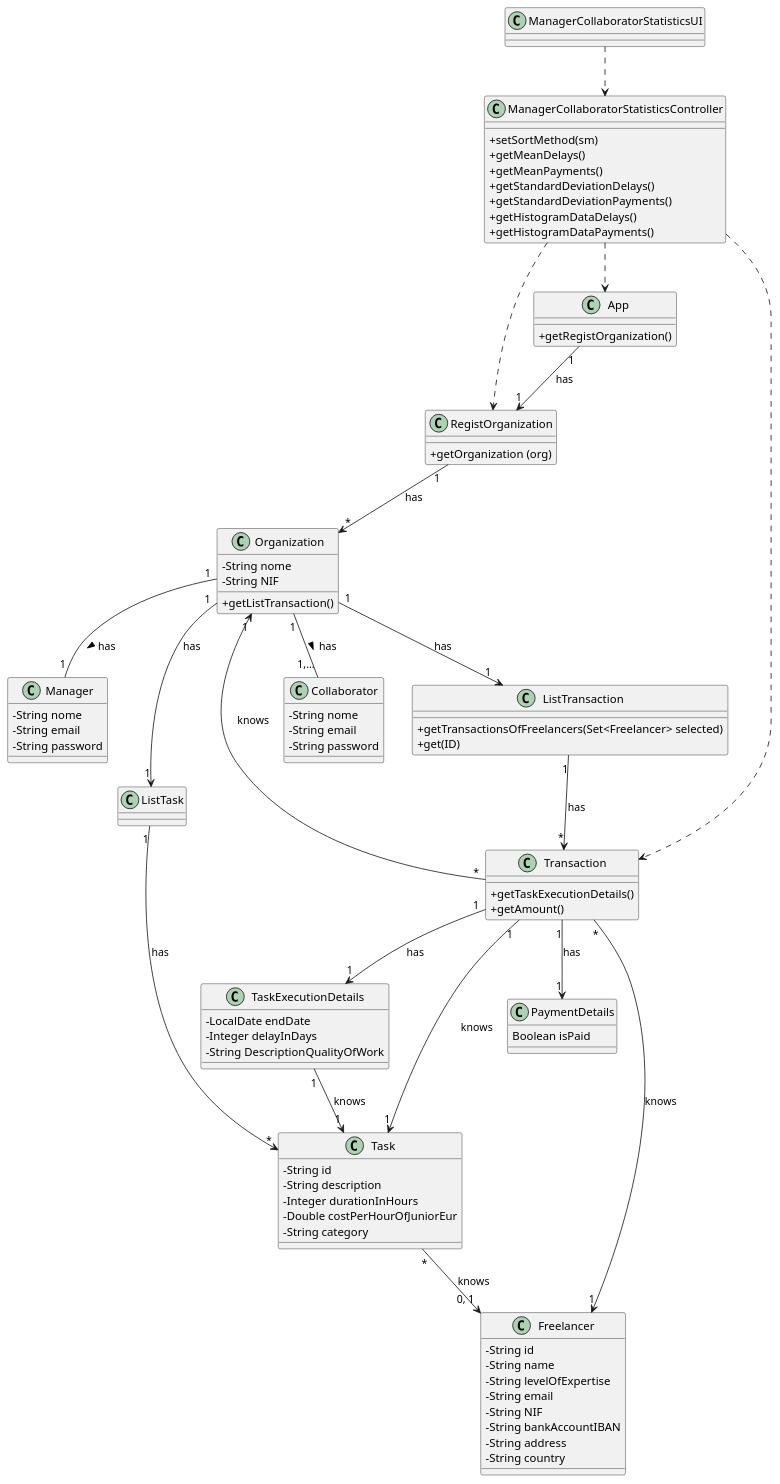
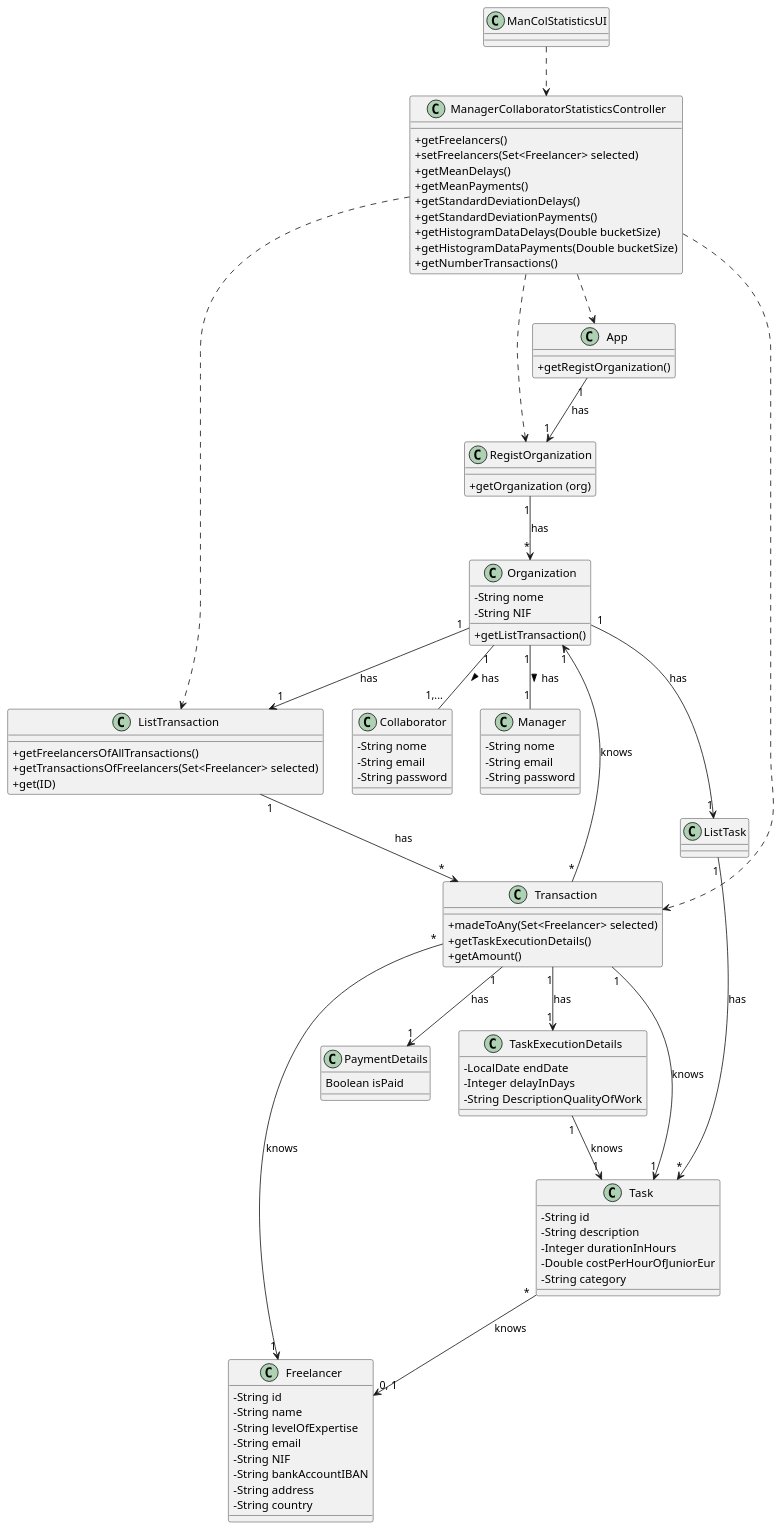
The diagram in docs/UC_07/UC07_CD.puml (botelho-io/lapr2-2020-g029), drawn with PlantUML before and after one commit. The commit also changed 5 other files, not shown here.

```diff
--- a/docs/UC_07/UC07_CD.puml
+++ b/docs/UC_07/UC07_CD.puml
@@ -1,106 +1,113 @@
 @startuml CD
 skinparam classAttributeIconSize 0
 top to bottom direction
 
-class ManagerCollaboratorStatisticsUI {
+class ManColStatisticsUI {
 
 }
 
 class ManagerCollaboratorStatisticsController {
-        + setSortMethod(sm)
+        + getFreelancers()
+        + setFreelancers(Set<Freelancer> selected)
         + getMeanDelays()
         + getMeanPayments()
         + getStandardDeviationDelays()
         + getStandardDeviationPayments()
-        + getHistogramDataDelays()
-        + getHistogramDataPayments()
+        + getHistogramDataDelays(Double bucketSize)
+        + getHistogramDataPayments(Double bucketSize)
+        + getNumberTransactions()
 }
 
 
 class App {
         + getRegistOrganization()
 }
 
 class RegistOrganization {
         + getOrganization (org)
 }
 
 class Organization {
         - String nome
         - String NIF
         + getListTransaction()
 }
 
 class Collaborator {
         - String nome
         - String email
         - String password
 }
 
 class Manager {
         - String nome
         - String email
         - String password
 }
 
 class ListTransaction {
+        + getFreelancersOfAllTransactions()
         + getTransactionsOfFreelancers(Set<Freelancer> selected)
         + get(ID)
 }
 
 class Transaction {
+        + madeToAny(Set<Freelancer> selected)
         + getTaskExecutionDetails()
         + getAmount()
 }
 
 
 class Task {
         - String id
         - String description
         - Integer durationInHours
         - Double costPerHourOfJuniorEur
         - String category
 }
 
 class TaskExecutionDetails {
         - LocalDate endDate
         - Integer delayInDays
         - String DescriptionQualityOfWork
 }
 
 class Freelancer {
         - String id
         - String name
         - String levelOfExpertise
         - String email
         - String NIF
         - String bankAccountIBAN
         - String address
         - String country
 }
 
 class PaymentDetails {
         Boolean isPaid
 }
 
+ManColStatisticsUI ..> ManagerCollaboratorStatisticsController
 ManagerCollaboratorStatisticsController ..> App
+ManagerCollaboratorStatisticsController ..> ListTransaction
 ManagerCollaboratorStatisticsController ..> RegistOrganization
 ManagerCollaboratorStatisticsController ..> Transaction
-ManagerCollaboratorStatisticsUI ..> ManagerCollaboratorStatisticsController
+
+App                          "1" --> "1"      RegistOrganization        : has
+RegistOrganization           "1" --> "*"      Organization              : has
 Organization                 "1" -- "1,..."   Collaborator              : has >
 Organization                 "1" -- "1"       Manager                   : has >
+Organization                 "1" --> "1"      ListTask                  : has
+Organization                 "1" --> "1"      ListTransaction           : has
+ListTransaction              "1" --> "*"      Transaction               : has
 Transaction                  "1" --> "1"      Task                      : knows
 Transaction                  "*" --> "1"      Freelancer                : knows
 Transaction                  "*" --> "1"      Organization              : knows
 Transaction                  "1" --> "1"      TaskExecutionDetails      : has
+Transaction                  "1" --> "1"      PaymentDetails            : has
 TaskExecutionDetails         "1" --> "1"      Task                      : knows
-Organization                 "1" --> "1"      ListTask                  : has
 ListTask                     "1" --> "*"      Task                      : has
-Organization                 "1" --> "1"      ListTransaction           : has
-ListTransaction              "1" --> "*"      Transaction               : has
 Task                         "*" --> "0, 1"   Freelancer                : knows
-App                          "1" --> "1"      RegistOrganization        : has
-RegistOrganization           "1" --> "*"      Organization              : has
-Transaction                  "1" --> "1"      PaymentDetails            : has
+
 
 @enduml
```
